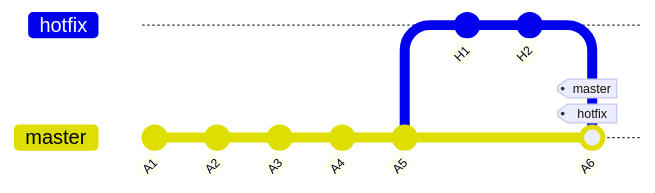
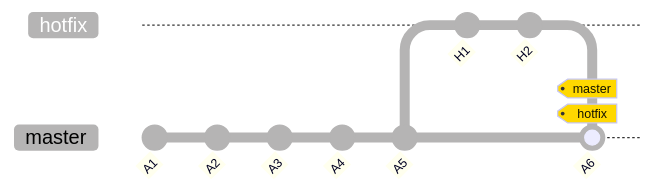
Before and after one commit to antoniopantaleo/antoniopantaleo.github.io: the third of 6 diagrams in content/blog/git-is-base.md, drawn with Mermaid. The commit also changed other lines of this file, not shown here.

Commit message:
fix(blog): change git graph colors and small text improvements

````diff
--- a/content/blog/git-is-base.md
+++ b/content/blog/git-is-base.md
@@ -78,21 +100,32 @@
 ```mermaid
 %%{
-    init: { 
+    init: {
+        'themeVariables': {
+          'tagLabelBackground': '#FFD800',
+          'git0': '#B5B4B4',
+          'git1': '#B5B4B4',
+          'git2': '#B5B4B4',
+          'git3': '#B5B4B4',
+          'git4': '#B5B4B4',
+          'git5': '#B5B4B4',
+          'git6': '#B5B4B4',
+          'git7': '#B5B4B4'
+        },
         'gitGraph': {
             'mainBranchName': 'master',
             'mainBranchOrder': 1
         }
     }
 }%%
 gitGraph
 commit id: "A1"
 commit id: "A2"
 commit id: "A3"
 commit id: "A4"
 commit id: "A5"
 branch hotfix order: 0
 commit id: "H1"
 commit id: "H2"
 checkout master
 merge hotfix id: "A6" tag: "master" tag: "hotfix"
 ```
````
